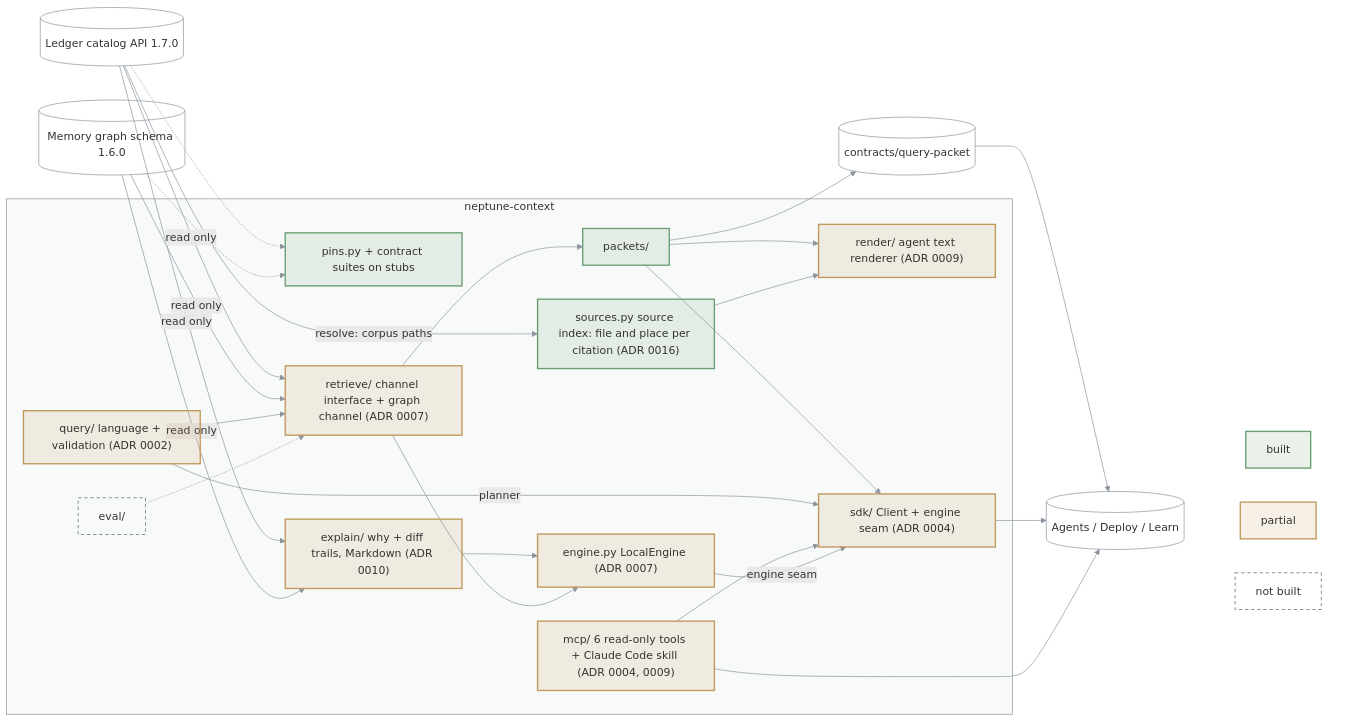
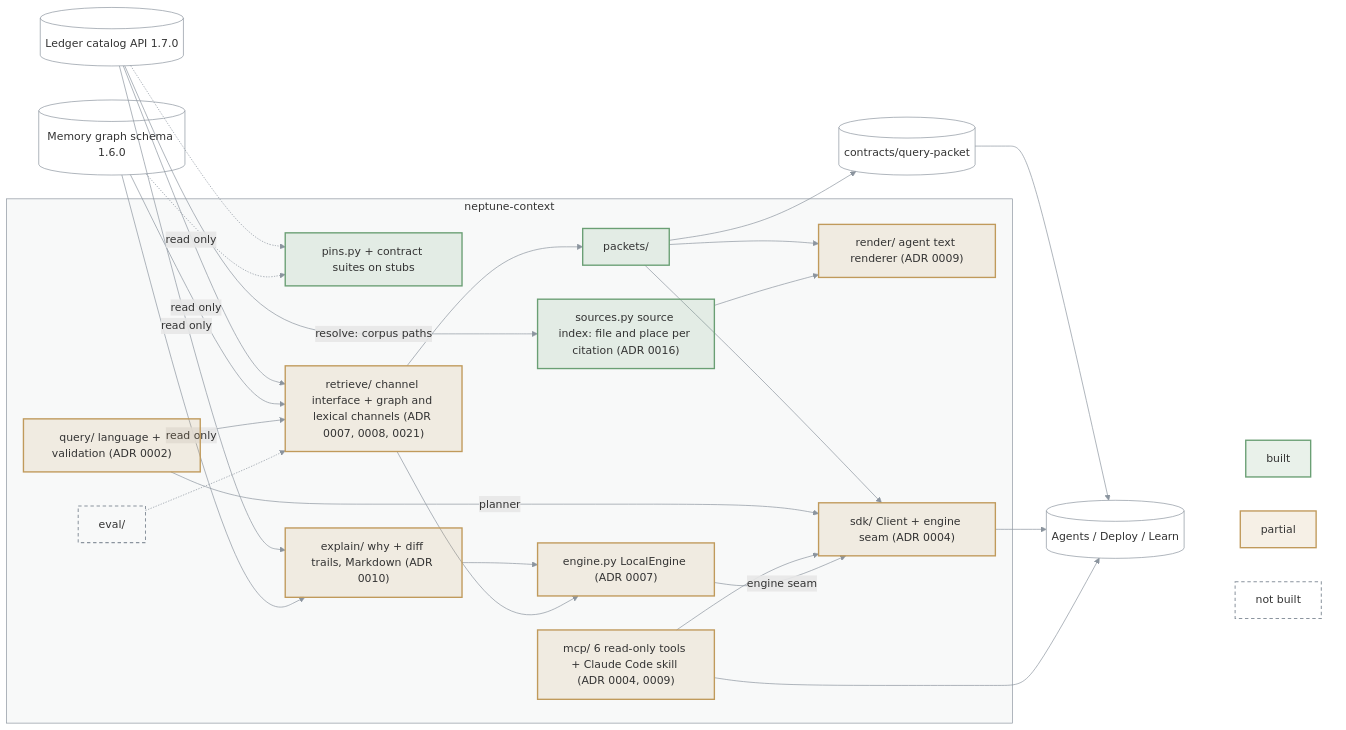
Before and after one commit to bennytay/neptune: the diagram in packages/neptune-context/ARCHITECTURE.md, drawn with Mermaid. The commit also changed 13 other files, not shown here.

First line of the commit message:
feat(context): exact value, id and phrase search over the local graph

````diff
--- a/packages/neptune-context/ARCHITECTURE.md
+++ b/packages/neptune-context/ARCHITECTURE.md
@@ -3,53 +3,53 @@
 ```mermaid
 flowchart LR
   LED[("Ledger catalog API 1.7.0")]
   MEM[("Memory graph schema 1.6.0")]
   subgraph P["neptune-context"]
     PIN["pins.py + contract suites on stubs"]
     QRY["query/ language + validation (ADR 0002)"]
-    RET["retrieve/ channel interface + graph channel (ADR 0007)"]
+    RET["retrieve/ channel interface + graph and lexical channels (ADR 0007, 0008, 0021)"]
     ENG["engine.py LocalEngine (ADR 0007)"]
     PKT["packets/"]
     RND["render/ agent text renderer (ADR 0009)"]
     SDK["sdk/ Client + engine seam (ADR 0004)"]
     MCP["mcp/ 6 read-only tools + Claude Code skill (ADR 0004, 0009)"]
     EXP["explain/ why + diff trails, Markdown (ADR 0010)"]
     EVA["eval/"]
     SRC["sources.py source index: file and place per citation (ADR 0016)"]
   end
   OUT[("Agents / Deploy / Learn")]
   CON[("contracts/query-packet")]
   LED -->|read only| RET
   MEM -->|read only| RET
   LED & MEM -.-> PIN
   QRY --> RET --> PKT --> RND
   LED & MEM -->|read only| EXP
   EXP --> ENG
   PKT --> SDK
   QRY -->|planner| SDK
   MCP --> SDK
   RET --> ENG -->|engine seam| SDK
   EVA -.-> RET
   LED -->|resolve: corpus paths| SRC --> RND
   PKT --> CON --> OUT
   SDK & MCP --> OUT
 
   subgraph KEY[" "]
     K1["built"]
     K2["partial"]
     K3["not built"]
   end
   OUT ~~~ K1 & K2 & K3
 
   classDef built fill:#6a9f7426,stroke:#6a9f74,stroke-width:2px
   classDef partial fill:#c09a5b26,stroke:#c09a5b,stroke-width:2px
   classDef todo fill:none,stroke:#8b949e,stroke-width:1.5px,stroke-dasharray:5 4
   classDef ext fill:none,stroke:#8b949e,stroke-width:1px
   class K1,PIN,PKT,SRC built
   class K2,QRY,RND,SDK,MCP,RET,ENG,EXP partial
   class EVA,K3 todo
   class LED,MEM,OUT,CON ext
   style P fill:#8b949e0f,stroke:#8b949e
   style KEY fill:none,stroke:none
   linkStyle default stroke:#8b949e
 ```
````
